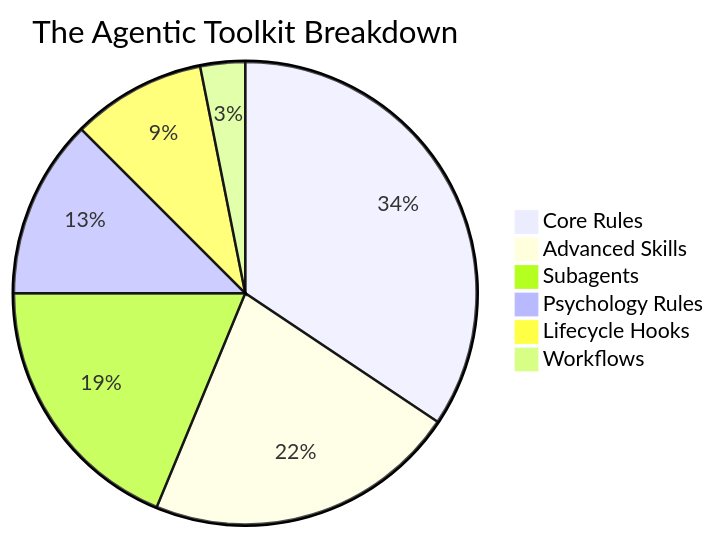
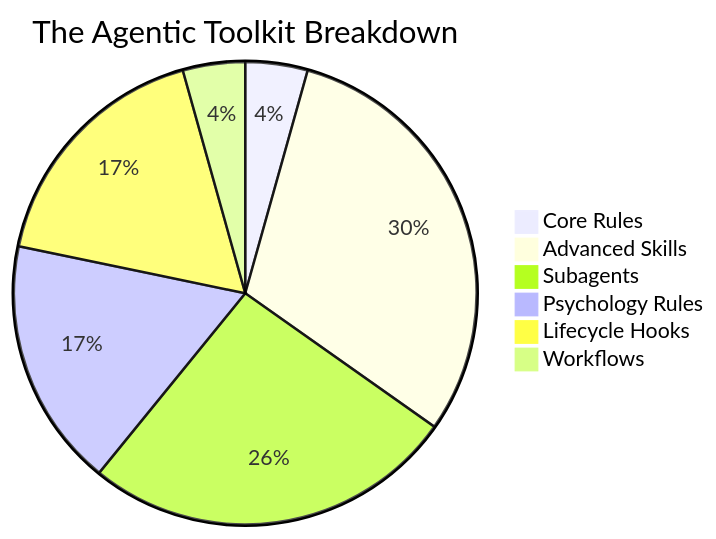
The diagram in README.md (FlameBLIZZard/better-agents), drawn with Mermaid before and after one commit. The commit also changed other lines of this file and 1 other file, not shown here.

Commit message:
chore: Add node script to dynamically update README pie chart stats

````diff
--- a/README.md
+++ b/README.md
@@ -76,9 +77,9 @@
 ```mermaid
 pie title The Agentic Toolkit Breakdown
-    "Core Rules" : 11
+    "Core Rules" : 1
     "Advanced Skills" : 7
     "Subagents" : 6
     "Psychology Rules" : 4
-    "Lifecycle Hooks" : 3
+    "Lifecycle Hooks" : 4
     "Workflows" : 1
 ```
````
